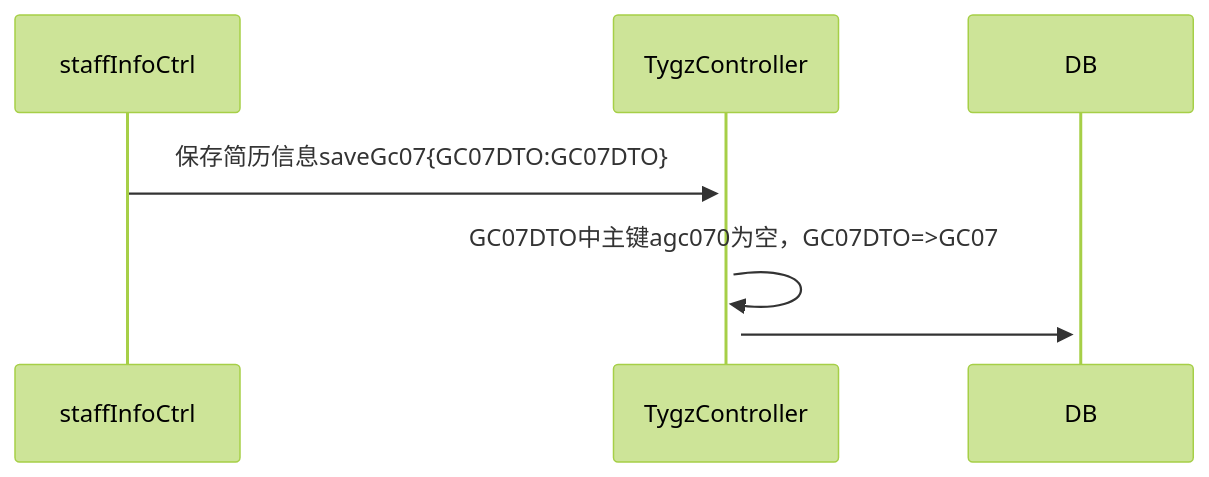
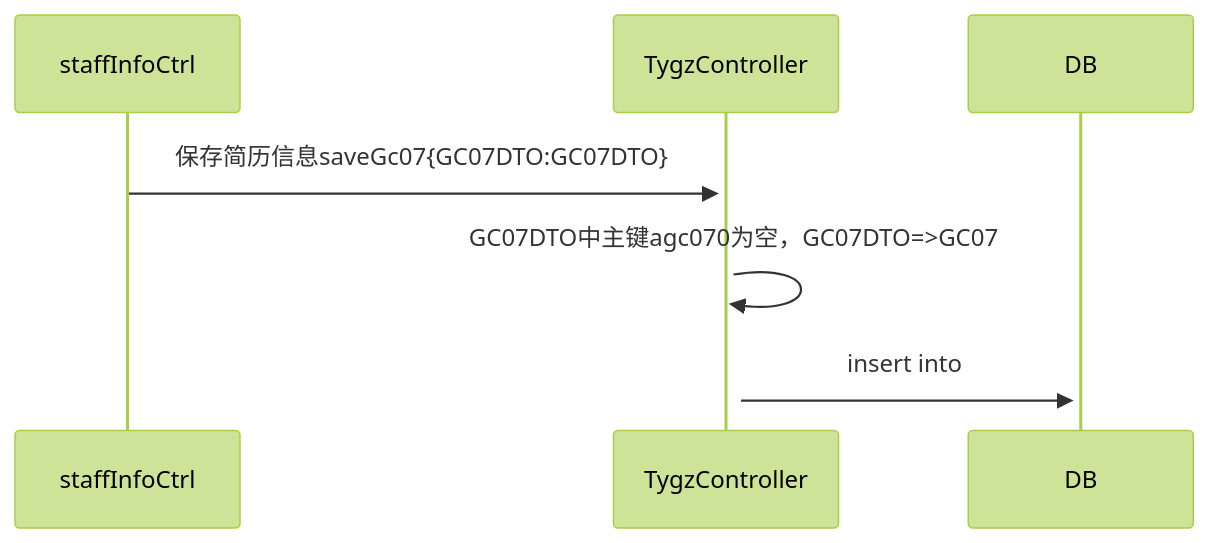
The diagram in all/未命名.md (ZhangJianBeiJing/iodraw-files), drawn with Mermaid (forest theme) before and after one commit.

Commit message:
2025-03-25 17:08:03 update

````diff
--- a/all/未命名.md
+++ b/all/未命名.md
@@ -1,8 +1,8 @@
 ```mermaid
 sequenceDiagram
     staffInfoCtrl->>+TygzController:保存简历信息saveGc07{GC07DTO:GC07DTO}
     TygzController->>+TygzController:GC07DTO中主键agc070为空，GC07DTO=>GC07
-    TygzController->>+DB:
+    TygzController->>+DB:insert into 
 
             
 ```
````
